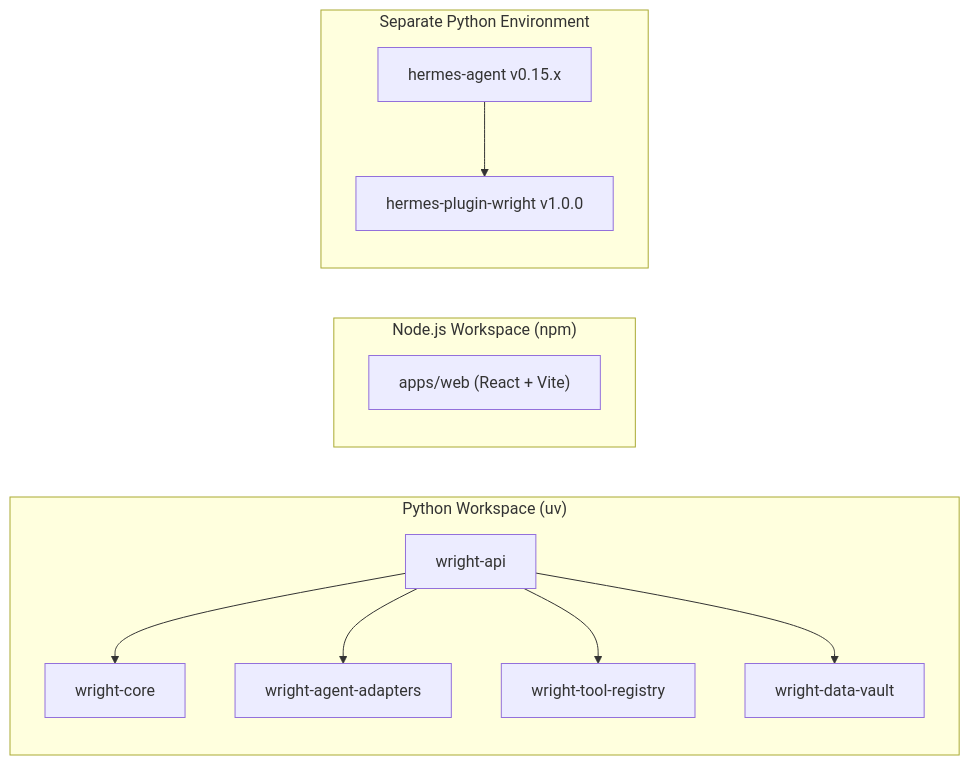
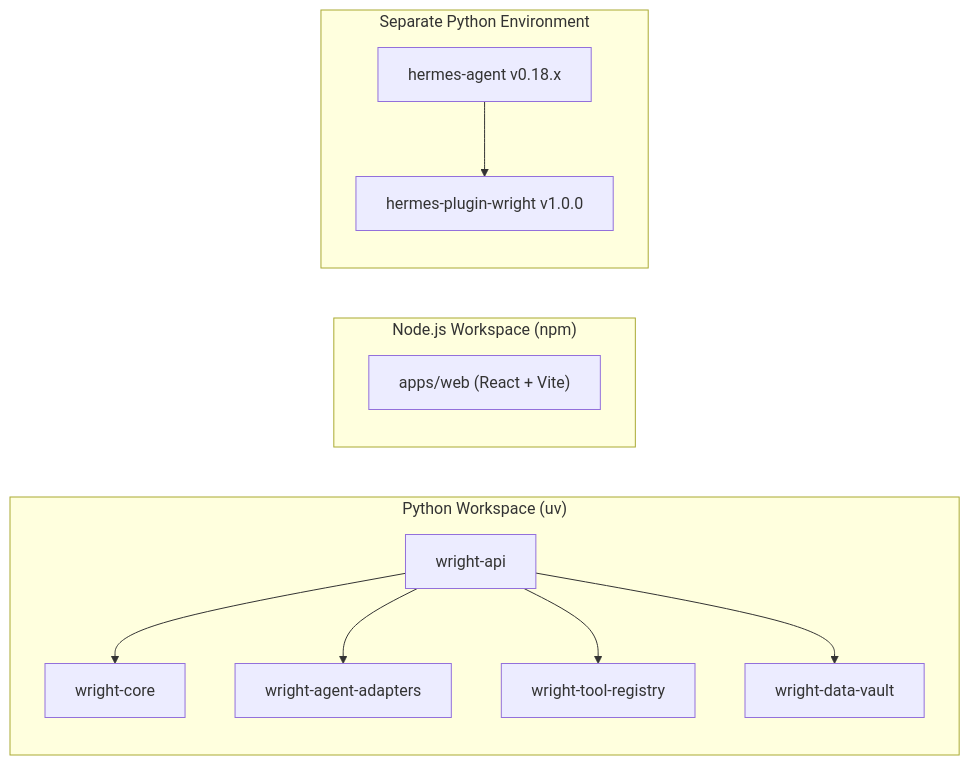
Before and after one commit to burhop/wright: the second of 8 diagrams in docs/deployment-configurations.md, drawn with Mermaid. The commit also changed other lines of this file and 11 other files, not shown here.

````diff
--- a/docs/deployment-configurations.md
+++ b/docs/deployment-configurations.md
@@ -125,24 +125,24 @@
 ```mermaid
 graph LR
     subgraph "Python Workspace (uv)"
         API["wright-api"]
         CORE["wright-core"]
         AA["wright-agent-adapters"]
         TR["wright-tool-registry"]
         DV["wright-data-vault"]
         API --> CORE
         API --> AA
         API --> TR
         API --> DV
     end
 
     subgraph "Node.js Workspace (npm)"
         WEB["apps/web (React + Vite)"]
     end
 
     subgraph "Separate Python Environment"
-        HERMES["hermes-agent v0.15.x"]
+        HERMES["hermes-agent v0.18.x"]
         PLUGIN["hermes-plugin-wright v1.0.0"]
         HERMES --> PLUGIN
     end
 ```
````
